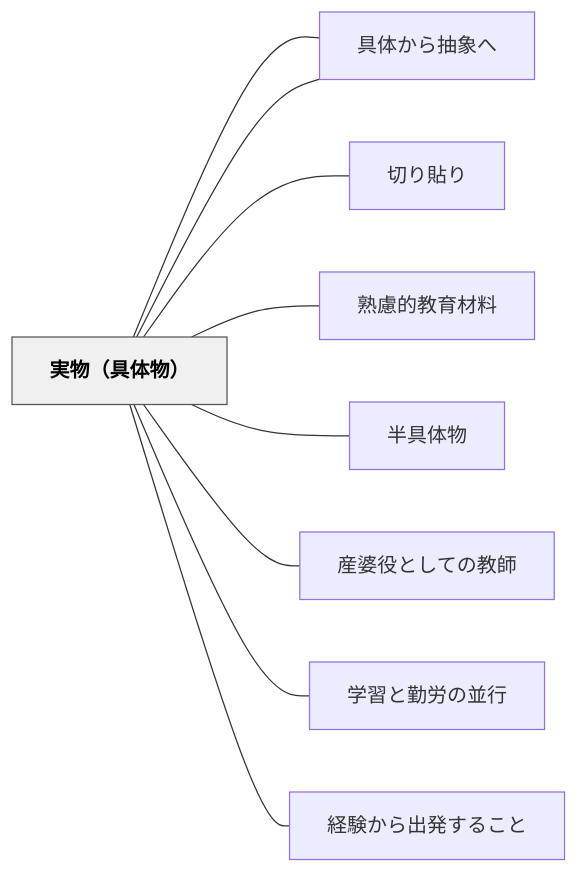
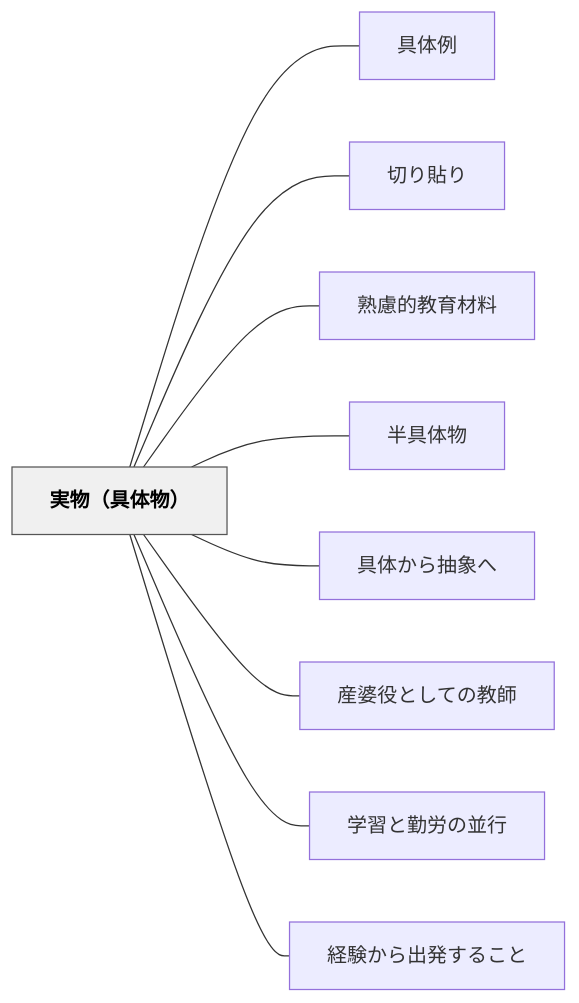
Before and after one commit to unknownthings-ed-patterns/unknownthings-ed-patterns: the diagram in content/パタン/実物（具体物）.md, drawn with Mermaid. The commit also changed 527 other files, not shown here.

````diff
--- a/content/パタン/実物（具体物）.md
+++ b/content/パタン/実物（具体物）.md
@@ -72,24 +72,24 @@
 ```mermaid
 flowchart LR
-    ne5ae9fe789a9["実物（具体物）"]
-    ne585b7e4bd93["具体例"]
-    ne58887e3828a["切り貼り"]
-    ne7869fe685ae["熟慮的教育材料"]
-    ne58d8ae585b7["半具体物"]
-    ne585b7e4bd93["具体から抽象へ"]
-    ne794a3e5a986["産婆役としての教師"]
-    ne5ada6e7bf92["学習と勤労の並行"]
-    ne7b58ce9a893["経験から出発すること"]
+    ne5ae9fe789a9efbc88e585b7e4bd93e789a9efbc89["実物（具体物）"]
+    ne585b7e4bd93e4be8b["具体例"]
+    ne58887e3828ae8b2bce3828a["切り貼り"]
+    ne7869fe685aee79a84e69599e882b2e69d90e69699["熟慮的教育材料"]
+    ne58d8ae585b7e4bd93e789a9["半具体物"]
+    ne585b7e4bd93e3818be38289e68abde8b1a1e381b8["具体から抽象へ"]
+    ne794a3e5a986e5bdb9e381a8e38197e381a6e381aee69599e5b8ab["産婆役としての教師"]
+    ne5ada6e7bf92e381a8e58ba4e58ab4e381aee4b8a6e8a18c["学習と勤労の並行"]
+    ne7b58ce9a893e3818be38289e587bae799bae38199e3828be38193e381a8["経験から出発すること"]
 
-    ne5ae9fe789a9 --- ne585b7e4bd93
-    ne5ae9fe789a9 --- ne58887e3828a
-    ne5ae9fe789a9 --- ne7869fe685ae
-    ne5ae9fe789a9 --- ne58d8ae585b7
-    ne5ae9fe789a9 --- ne585b7e4bd93
-    ne5ae9fe789a9 --- ne794a3e5a986
-    ne5ae9fe789a9 --- ne5ada6e7bf92
-    ne5ae9fe789a9 --- ne7b58ce9a893
+    ne5ae9fe789a9efbc88e585b7e4bd93e789a9efbc89 --- ne585b7e4bd93e4be8b
+    ne5ae9fe789a9efbc88e585b7e4bd93e789a9efbc89 --- ne58887e3828ae8b2bce3828a
+    ne5ae9fe789a9efbc88e585b7e4bd93e789a9efbc89 --- ne7869fe685aee79a84e69599e882b2e69d90e69699
+    ne5ae9fe789a9efbc88e585b7e4bd93e789a9efbc89 --- ne58d8ae585b7e4bd93e789a9
+    ne5ae9fe789a9efbc88e585b7e4bd93e789a9efbc89 --- ne585b7e4bd93e3818be38289e68abde8b1a1e381b8
+    ne5ae9fe789a9efbc88e585b7e4bd93e789a9efbc89 --- ne794a3e5a986e5bdb9e381a8e38197e381a6e381aee69599e5b8ab
+    ne5ae9fe789a9efbc88e585b7e4bd93e789a9efbc89 --- ne5ada6e7bf92e381a8e58ba4e58ab4e381aee4b8a6e8a18c
+    ne5ae9fe789a9efbc88e585b7e4bd93e789a9efbc89 --- ne7b58ce9a893e3818be38289e587bae799bae38199e3828be38193e381a8
 
     classDef hub fill:#f0f0f0,stroke:#555,color:#000,font-weight:bold
-    class ne5ae9fe789a9 hub
+    class ne5ae9fe789a9efbc88e585b7e4bd93e789a9efbc89 hub
 ```
````
